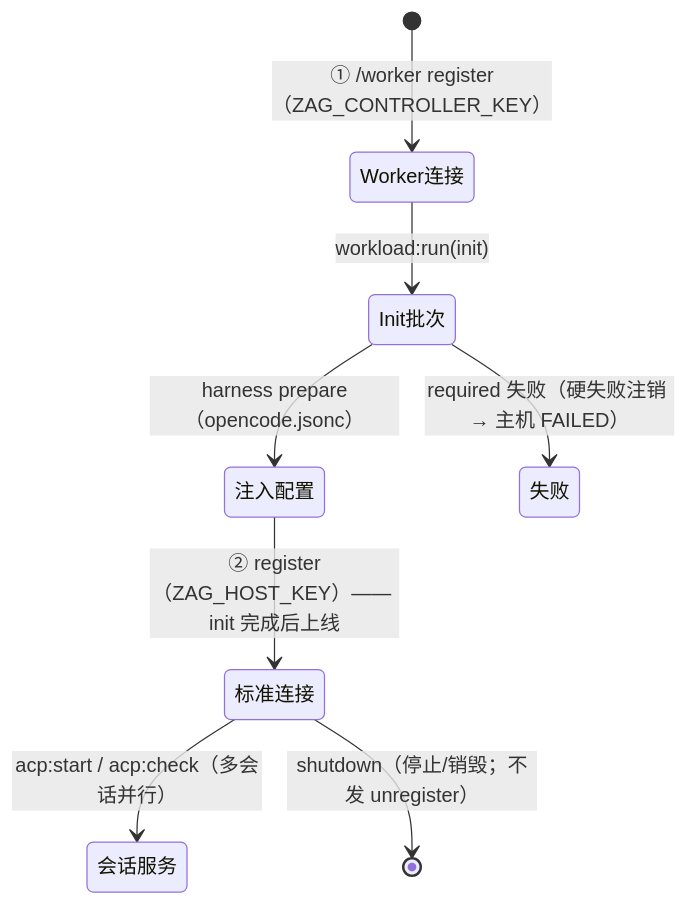
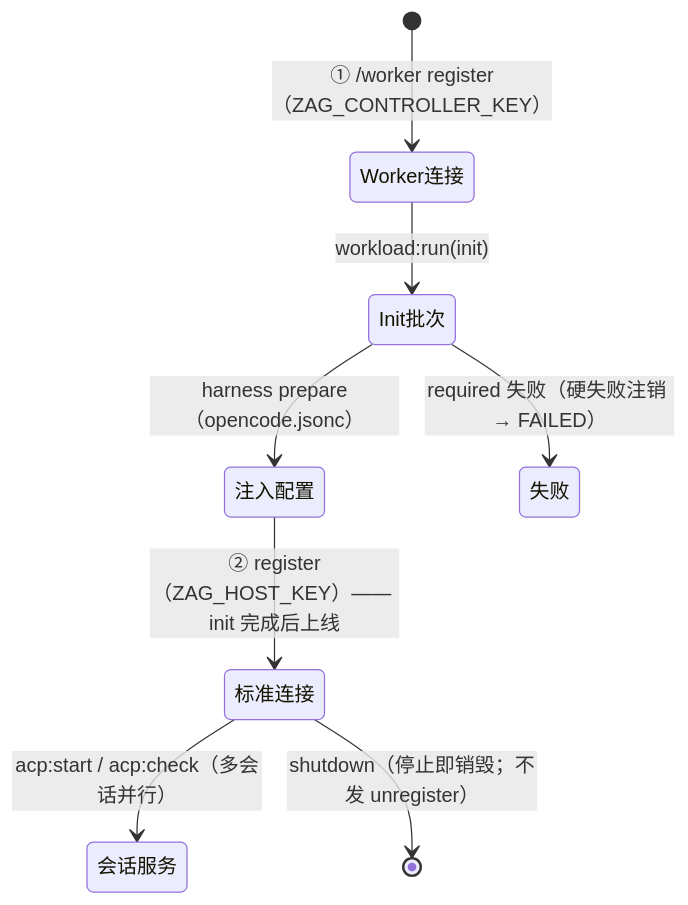
The fourth of 5 diagrams in docs/engineering/proposals/20261020-feat-container-harness-support.md (Deliay/z-agent-gear), drawn with Mermaid before and after one commit. The commit also changed other lines of this file and 3 other files, not shown here.

````diff
--- a/docs/engineering/proposals/20261020-feat-container-harness-support.md
+++ b/docs/engineering/proposals/20261020-feat-container-harness-support.md
@@ -451,10 +459,10 @@
 ```mermaid
 stateDiagram-v2
     [*] --> Worker连接: ① /worker register（ZAG_CONTROLLER_KEY）
     Worker连接 --> Init批次: workload:run(init)
     Init批次 --> 注入配置: harness prepare（opencode.jsonc）
     注入配置 --> 标准连接: ② register（ZAG_HOST_KEY）—— init 完成后上线
-    Init批次 --> 失败: required 失败（硬失败注销 → 主机 FAILED）
+    Init批次 --> 失败: required 失败（硬失败注销 → FAILED）
     标准连接 --> 会话服务: acp:start / acp:check（多会话并行）
-    标准连接 --> [*]: shutdown（停止/销毁；不发 unregister）
+    标准连接 --> [*]: shutdown（停止即销毁；不发 unregister）
 ```
````
